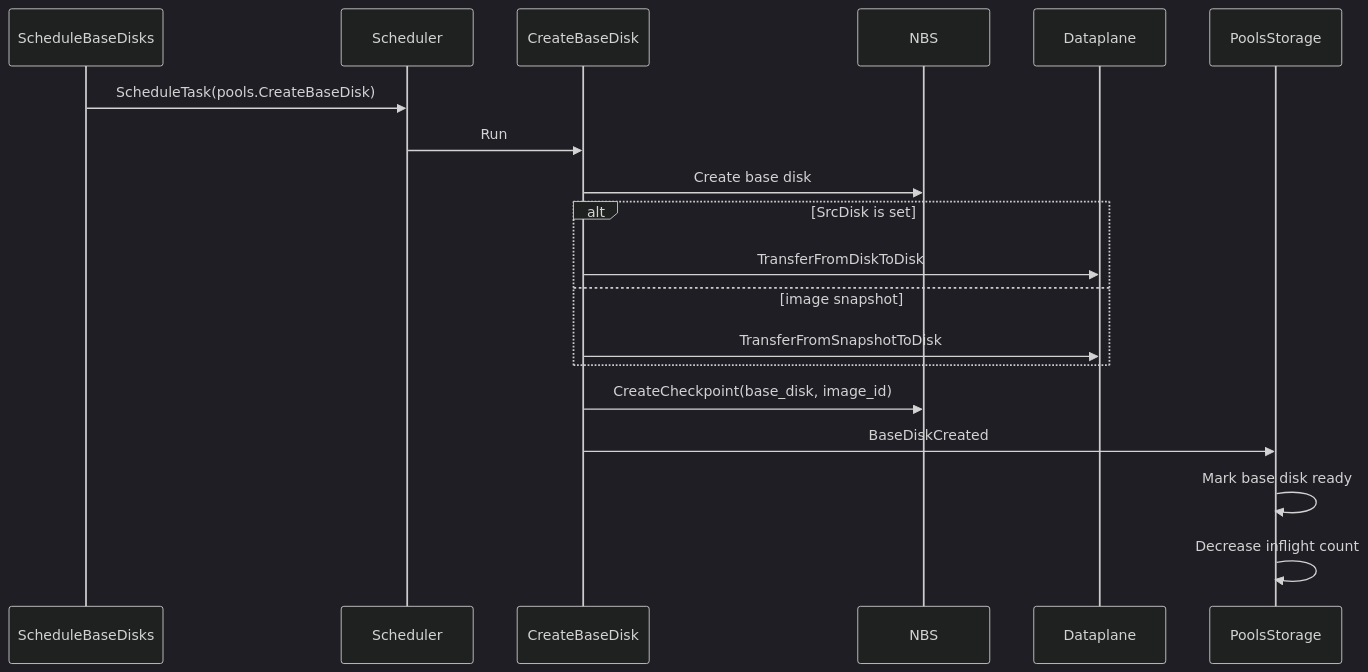
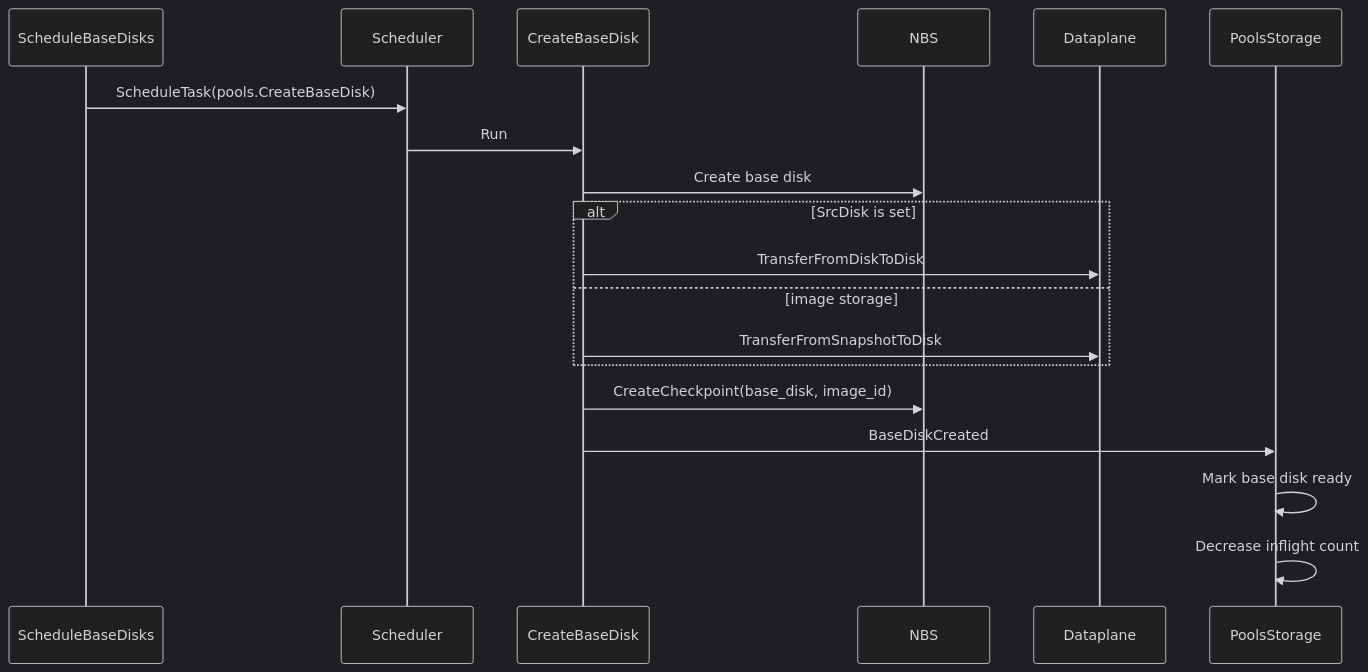
Before and after one commit to ydb-platform/nbs: the sixth of 13 diagrams in doc/disk_manager/pools/README.md, drawn with Mermaid (dark theme). The commit also changed other lines of this file, not shown here.

````diff
--- a/doc/disk_manager/pools/README.md
+++ b/doc/disk_manager/pools/README.md
@@ -597,22 +597,22 @@
 ```mermaid
 sequenceDiagram
     participant ScheduleTask as ScheduleBaseDisks
     participant Scheduler
     participant CreateTask as CreateBaseDisk
     participant NBS
     participant Dataplane
     participant PoolStorage as PoolsStorage
 
     ScheduleTask->>Scheduler: ScheduleTask(pools.CreateBaseDisk)
     Scheduler->>CreateTask: Run
     CreateTask->>NBS: Create base disk
     alt SrcDisk is set
         CreateTask->>Dataplane: TransferFromDiskToDisk
-    else image snapshot
+    else image storage
         CreateTask->>Dataplane: TransferFromSnapshotToDisk
     end
     CreateTask->>NBS: CreateCheckpoint(base_disk, image_id)
     CreateTask->>PoolStorage: BaseDiskCreated
     PoolStorage->>PoolStorage: Mark base disk ready
     PoolStorage->>PoolStorage: Decrease inflight count
 ```
````
